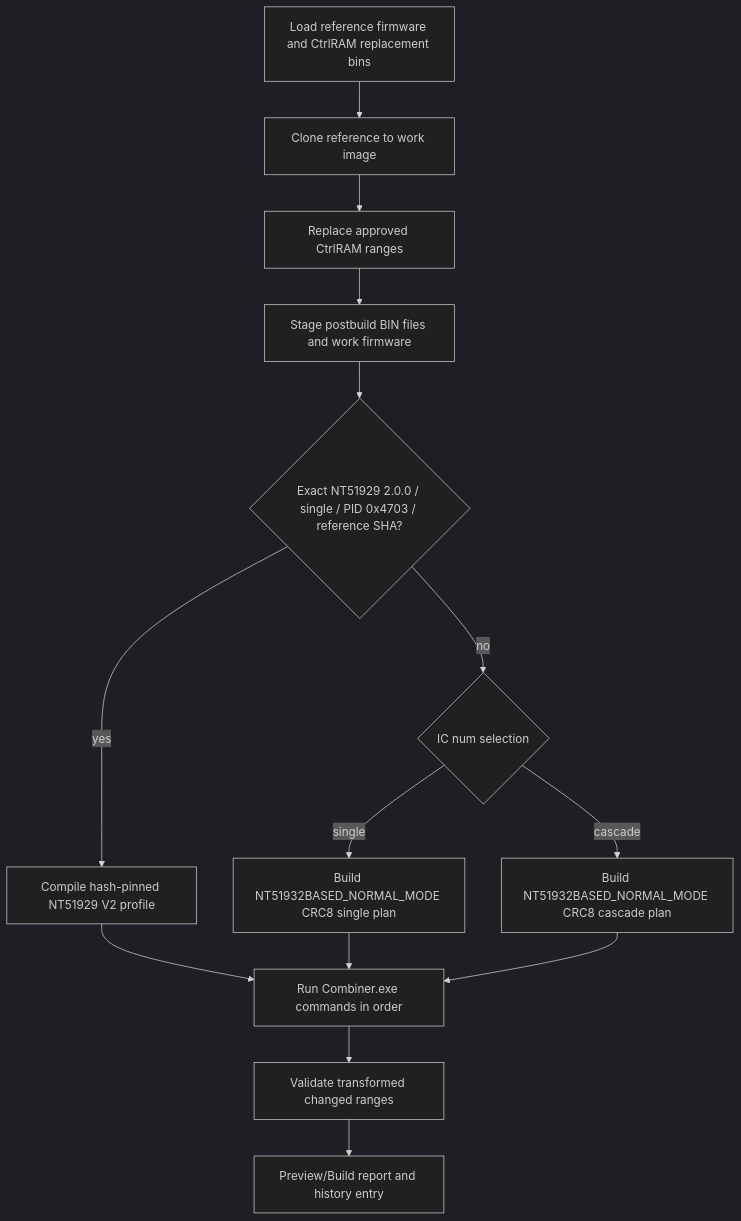
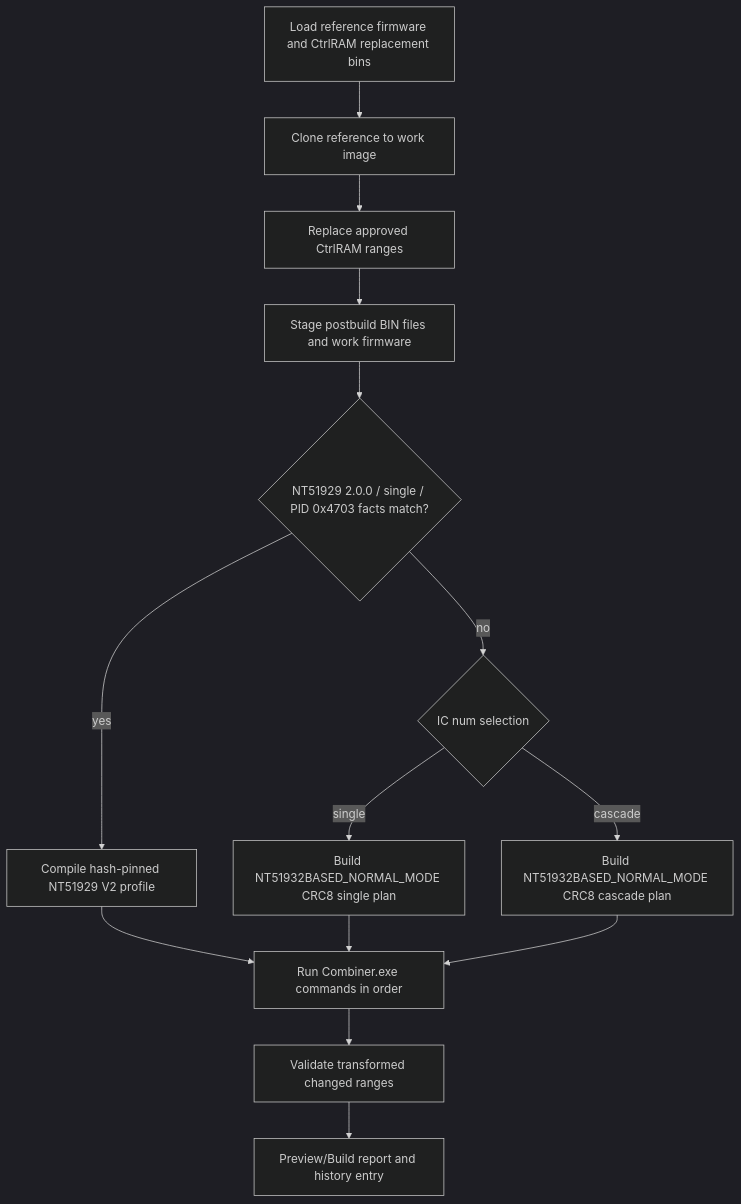
The tenth of 13 diagrams in docs/architecture/ic-workflow-flowcharts.md (Dennis40816/nvt_fw_combiner), drawn with Mermaid (dark theme) before and after one commit. The commit also changed other lines of this file and 7 other files, not shown here.

````diff
--- a/docs/architecture/ic-workflow-flowcharts.md
+++ b/docs/architecture/ic-workflow-flowcharts.md
@@ -257,16 +257,16 @@
 ```mermaid
 flowchart TD
     A["Load reference firmware and CtrlRAM replacement bins"] --> B["Clone reference to work image"]
     B --> C["Replace approved CtrlRAM ranges"]
     C --> D["Stage postbuild BIN files and work firmware"]
-    D --> X{"Exact NT51929 2.0.0 / single / PID 0x4703 / reference SHA?"}
+    D --> X{"NT51929 2.0.0 / single / PID 0x4703 facts match?"}
     X -- "yes" --> Y["Compile hash-pinned NT51929 V2 profile"]
     X -- "no" --> E{"IC num selection"}
     E -- "single" --> F["Build NT51932BASED_NORMAL_MODE CRC8 single plan"]
     E -- "cascade" --> G["Build NT51932BASED_NORMAL_MODE CRC8 cascade plan"]
     Y --> H["Run Combiner.exe commands in order"]
     F --> H["Run Combiner.exe commands in order"]
     G --> H
     H --> I["Validate transformed changed ranges"]
     I --> J["Preview/Build report and history entry"]
 ```
````
